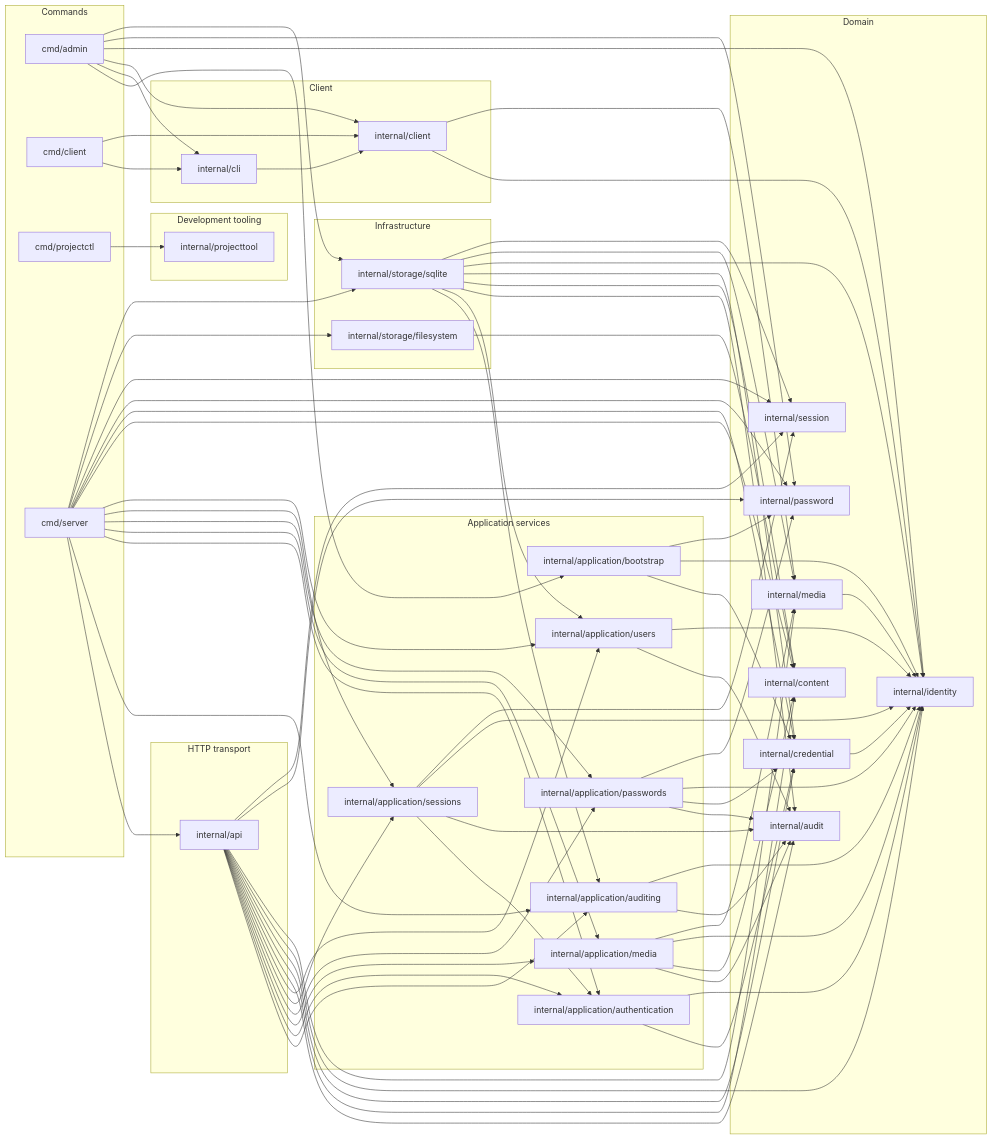
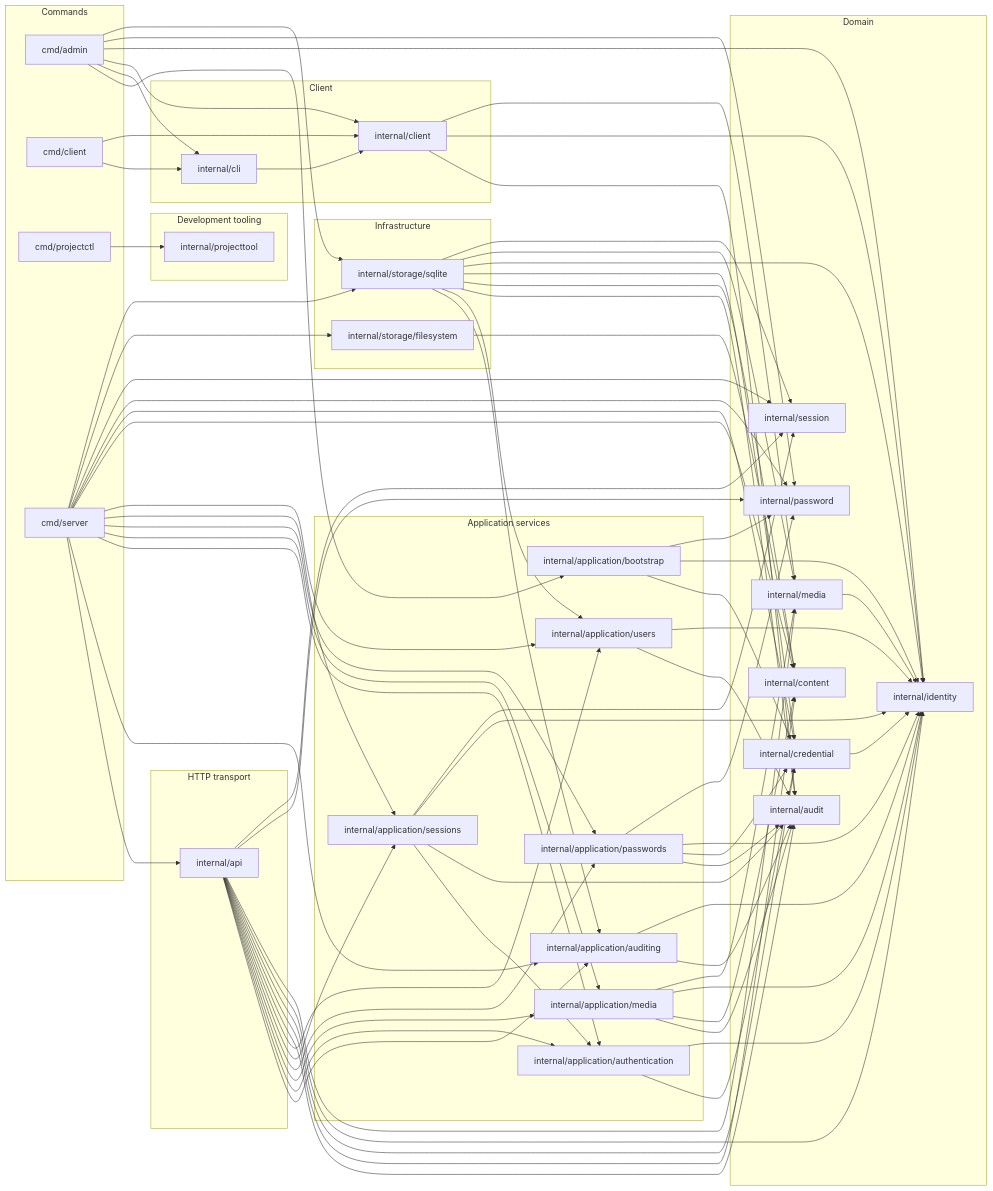
The diagram in docs/architecture.md (ebe542/go-mediaarchive), drawn with Mermaid before and after one commit. The commit also changed 4 other files, not shown here.

```diff
--- a/docs/architecture.md
+++ b/docs/architecture.md
@@ -115,6 +115,7 @@
   package11 --> package12
   package11 --> package17
   package13 --> package14
+  package14 --> package12
   package14 --> package17
   package14 --> package18
   package16 --> package17
```
